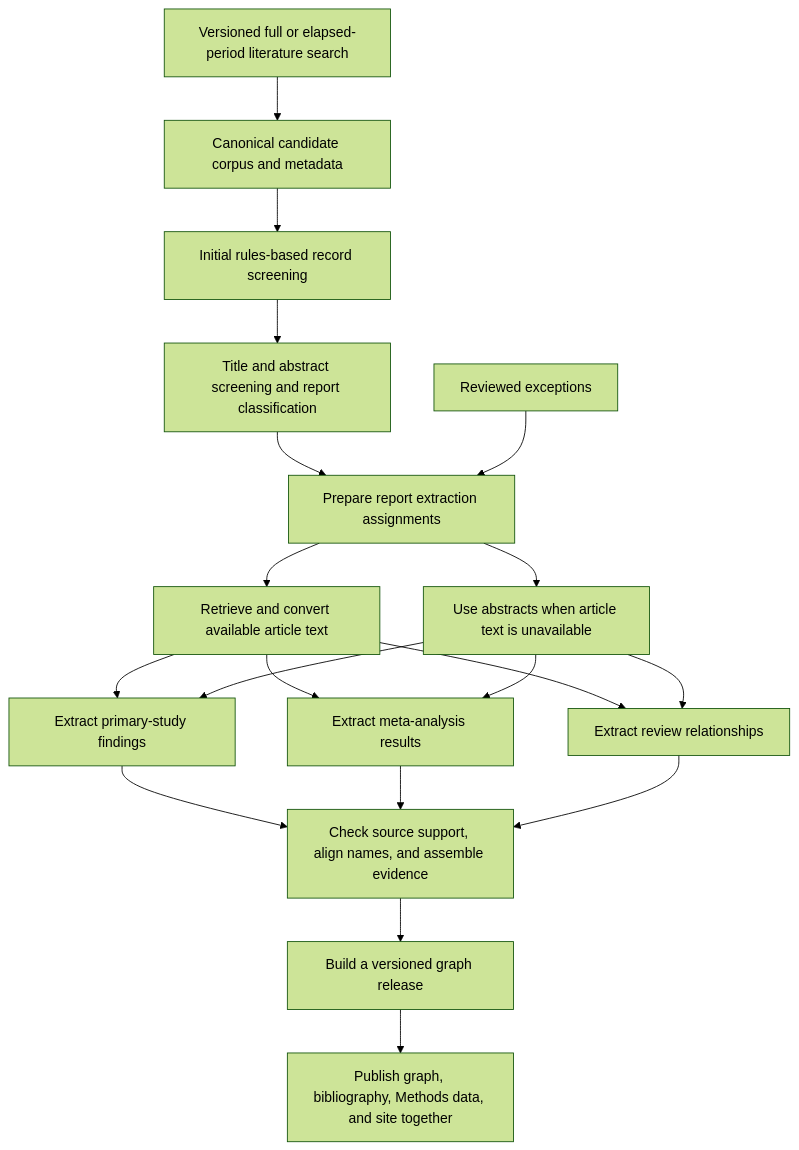
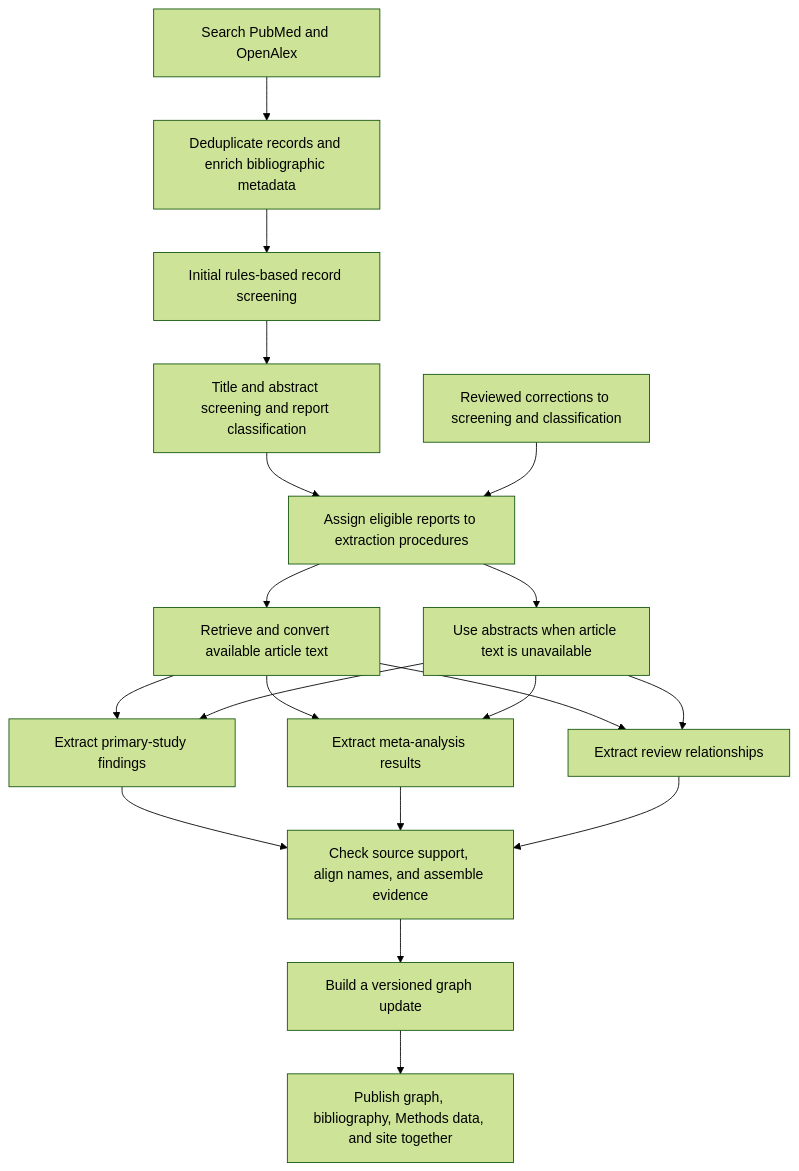
Before and after one commit to povilaskarvelis/psychedelics_knowledge_graph: the diagram in pipeline/README.md, drawn with Mermaid (forest theme). The commit also changed other lines of this file and 8 other files, not shown here.

````diff
--- a/pipeline/README.md
+++ b/pipeline/README.md
@@ -15,23 +15,23 @@
 ```mermaid
 flowchart TD
-  S["Versioned full or elapsed-period literature search"]
-  C["Canonical candidate corpus and metadata"]
+  S["Search PubMed and OpenAlex"]
+  C["Deduplicate records and enrich bibliographic metadata"]
   S --> C
   C --> D["Initial rules-based record screening"]
   D --> E["Title and abstract screening and report classification"]
-  E --> F["Prepare report extraction assignments"]
-  G["Reviewed exceptions"] --> F
+  E --> F["Assign eligible reports to extraction procedures"]
+  G["Reviewed corrections to screening and classification"] --> F
   F --> H["Retrieve and convert available article text"]
   F --> I["Use abstracts when article text is unavailable"]
   H --> J["Extract primary-study findings"]
   H --> K["Extract meta-analysis results"]
   H --> L["Extract review relationships"]
   I --> J
   I --> K
   I --> L
   J --> M["Check source support, align names, and assemble evidence"]
   K --> M
   L --> M
-  M --> N["Build a versioned graph release"]
+  M --> N["Build a versioned graph update"]
   N --> O["Publish graph, bibliography, Methods data, and site together"]
 ```
````
